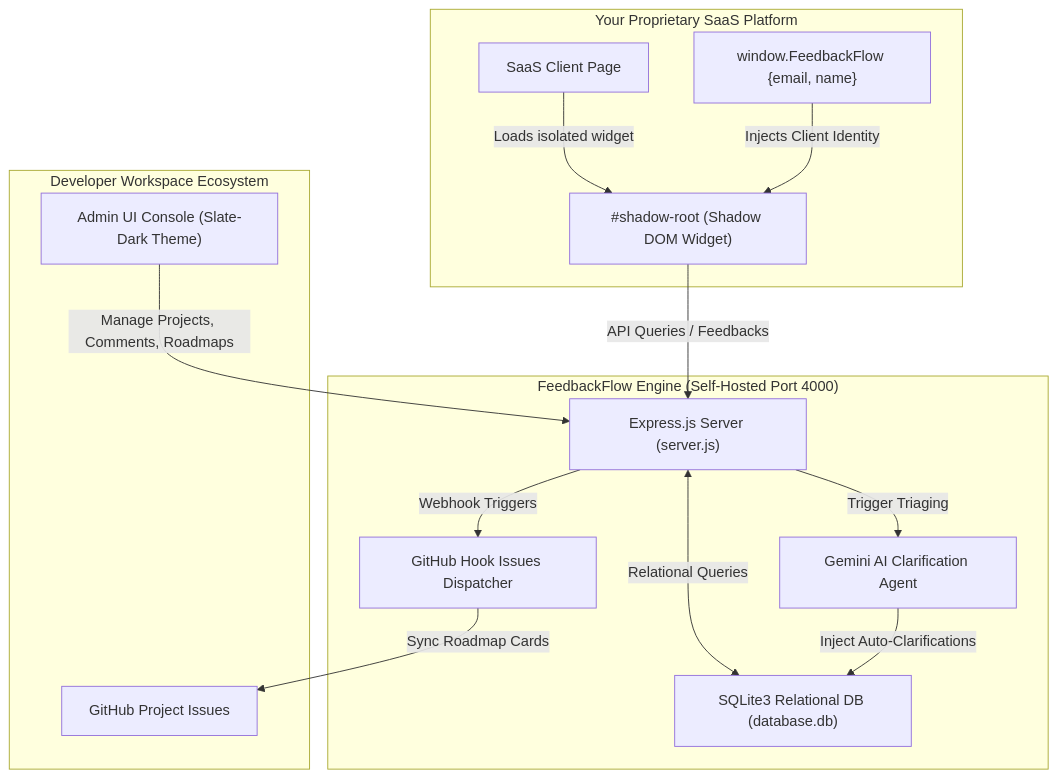
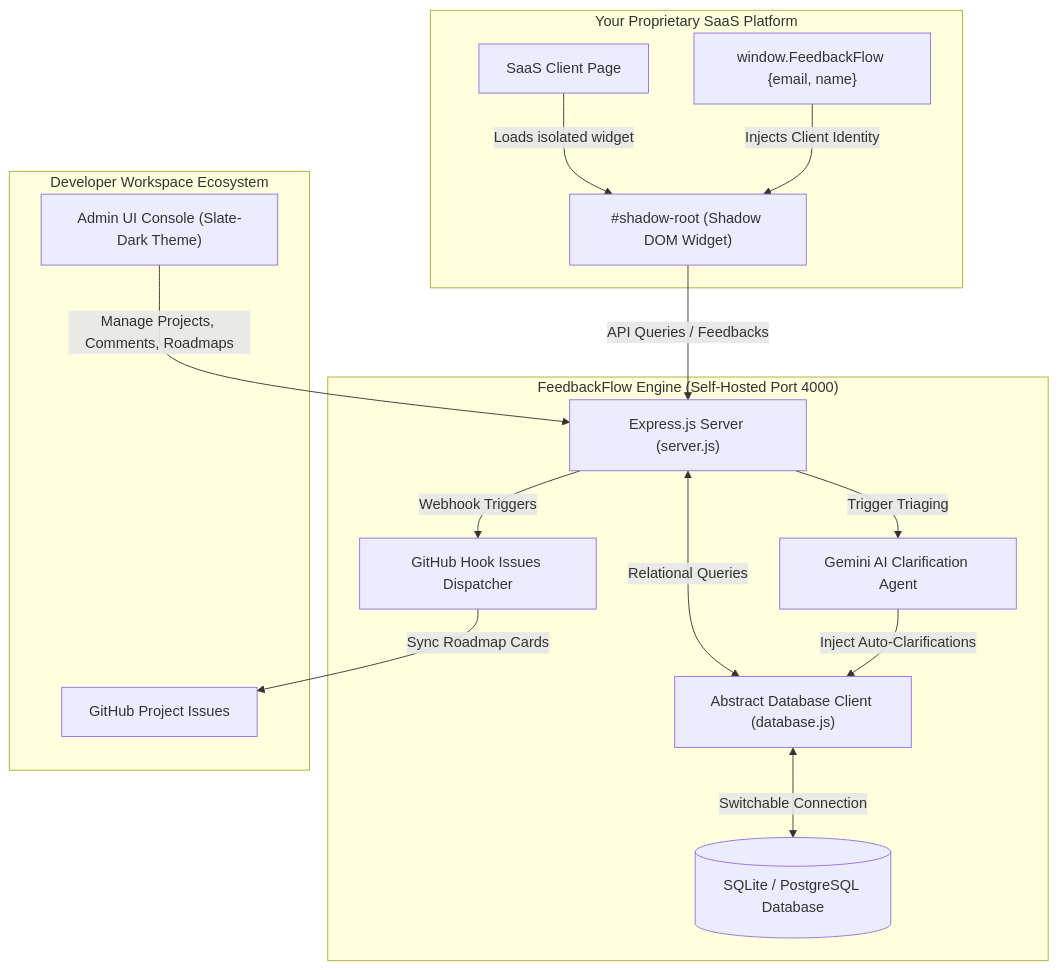
One commit to rotemalt/feedbackflow changed the diagram in README.md. Above: the diagram before and after it, drawn with Mermaid. The commit also changed other lines of this file, not shown here.

````diff
--- a/README.md
+++ b/README.md
@@ -57,30 +58,32 @@
 ```mermaid
 graph TD
     %% Subgraphs
     subgraph ClientSaaS["Your Proprietary SaaS Platform"]
         ParentPage["SaaS Client Page"]
         UserIdent["window.FeedbackFlow {email, name}"]
         
         ParentPage -->|Loads isolated widget| WidgetShadow["#shadow-root (Shadow DOM Widget)"]
         UserIdent -->|Injects Client Identity| WidgetShadow
     end
 
     subgraph FeedbackCore["FeedbackFlow Engine (Self-Hosted Port 4000)"]
         Express["Express.js Server (server.js)"]
-        SQLite["SQLite3 Relational DB (database.db)"]
+        DBAbstract["Abstract Database Client (database.js)"]
+        SQLDb[("SQLite / PostgreSQL Database")]
         Gemini["Gemini AI Clarification Agent"]
         GitHubSync["GitHub Hook Issues Dispatcher"]
         
         WidgetShadow -->|API Queries / Feedbacks| Express
-        Express <-->|Relational Queries| SQLite
+        Express <-->|Relational Queries| DBAbstract
+        DBAbstract <-->|Switchable Connection| SQLDb
         Express -->|Trigger Triaging| Gemini
-        Gemini -->|Inject Auto-Clarifications| SQLite
+        Gemini -->|Inject Auto-Clarifications| DBAbstract
         Express -->|Webhook Triggers| GitHubSync
     end
 
     subgraph ThirdParty["Developer Workspace Ecosystem"]
         DeveloperConsole["Admin UI Console (Slate-Dark Theme)"]
         GitHubSync -->|Sync Roadmap Cards| GitHub["GitHub Project Issues"]
         DeveloperConsole -->|Manage Projects, Comments, Roadmaps| Express
     end
 ```
````
